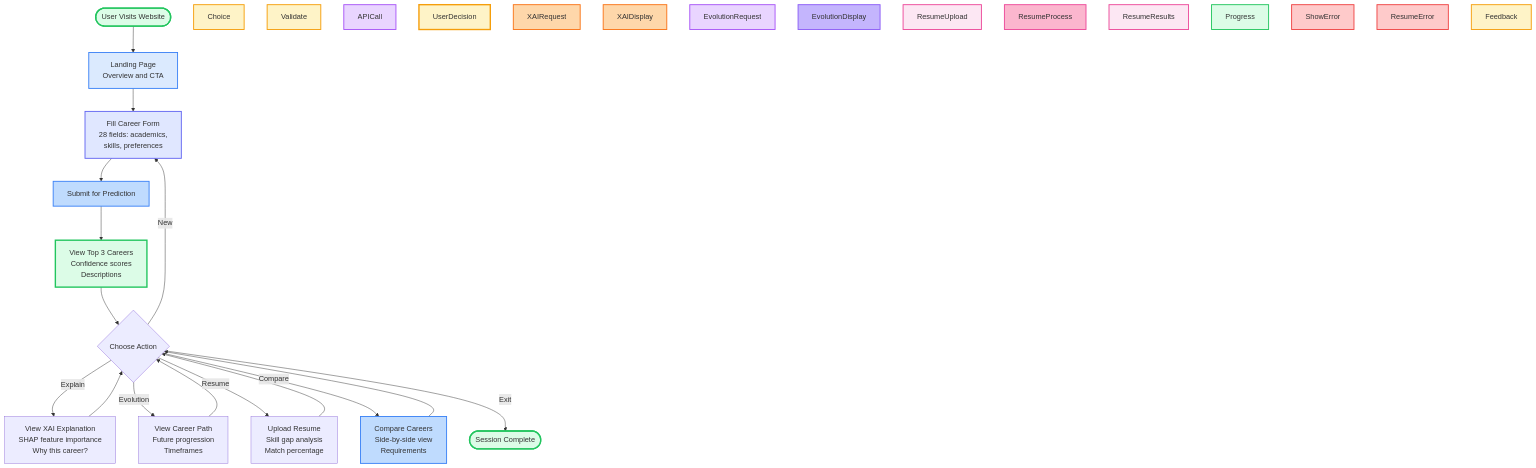
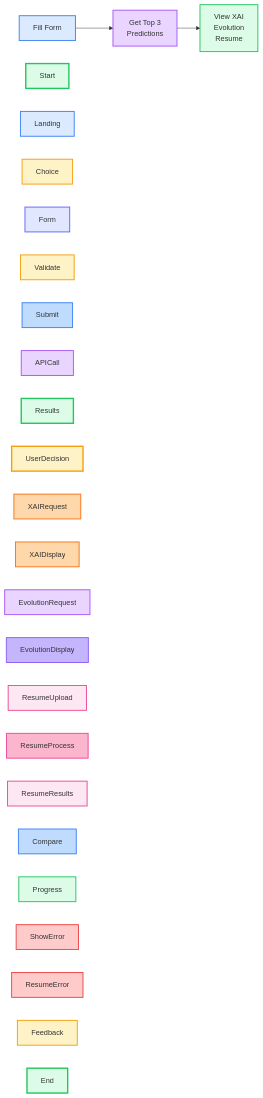
Before and after one commit to rafainamdar04/BrightPathCareerRecommendation: the diagram in docs/figures/10_user_interaction_flow.mmd, drawn with Mermaid. The commit also changed 5 other files, not shown here.

First line of the commit message:
Simplify algorithm diagrams to minimal essential flow

```diff
--- a/docs/figures/10_user_interaction_flow.mmd
+++ b/docs/figures/10_user_interaction_flow.mmd
@@ -1,52 +1,32 @@
-flowchart TD
-    %% User Interaction Flow - Simplified
+flowchart LR
+    %% User Interaction - Simple
     
-    Start([User Visits Website]) --> Landing["Landing Page<br/>Overview and CTA"]
+    A["Fill Form"] --> B["Get Top 3<br/>Predictions"]
+    B --> C["View XAI<br/>Evolution<br/>Resume"]
     
-    Landing --> Form["Fill Career Form<br/>28 fields: academics,<br/>skills, preferences"]
-    
-    Form --> Submit["Submit for Prediction"]
-    
-    Submit --> Results["View Top 3 Careers<br/>Confidence scores<br/>Descriptions"]
-    
-    Results --> Options{Choose Action}
-    
-    Options -->|Explain| XAI["View XAI Explanation<br/>SHAP feature importance<br/>Why this career?"]
-    
-    Options -->|Evolution| Evolution["View Career Path<br/>Future progression<br/>Timeframes"]
-    
-    Options -->|Resume| Resume["Upload Resume<br/>Skill gap analysis<br/>Match percentage"]
-    
-    Options -->|Compare| Compare["Compare Careers<br/>Side-by-side view<br/>Requirements"]
-    
-    Options -->|New| Form
-    
-    XAI --> Options
-    Evolution --> Options
-    Resume --> Options
-    Compare --> Options
-    
-    Options -->|Exit| End([Session Complete])
+    style A fill:#dbeafe,stroke:#3b82f6,stroke-width:2px
+    style B fill:#e9d5ff,stroke:#a855f7,stroke-width:2px
+    style C fill:#dcfce7,stroke:#22c55e,stroke-width:2px
     
     style Start fill:#dcfce7,stroke:#22c55e,stroke-width:3px
     style Landing fill:#dbeafe,stroke:#3b82f6,stroke-width:2px
     style Choice fill:#fef3c7,stroke:#f59e0b,stroke-width:2px
     style Form fill:#e0e7ff,stroke:#6366f1,stroke-width:2px
     style Validate fill:#fef3c7,stroke:#f59e0b,stroke-width:2px
     style Submit fill:#bfdbfe,stroke:#3b82f6,stroke-width:2px
     style APICall fill:#e9d5ff,stroke:#a855f7,stroke-width:2px
     style Results fill:#dcfce7,stroke:#22c55e,stroke-width:3px
     style UserDecision fill:#fef3c7,stroke:#f59e0b,stroke-width:3px
     style XAIRequest fill:#fed7aa,stroke:#f97316,stroke-width:2px
     style XAIDisplay fill:#fed7aa,stroke:#f97316,stroke-width:2px
     style EvolutionRequest fill:#e9d5ff,stroke:#a855f7,stroke-width:2px
     style EvolutionDisplay fill:#c4b5fd,stroke:#8b5cf6,stroke-width:2px
     style ResumeUpload fill:#fce7f3,stroke:#ec4899,stroke-width:2px
     style ResumeProcess fill:#fbb6ce,stroke:#ec4899,stroke-width:2px
     style ResumeResults fill:#fce7f3,stroke:#ec4899,stroke-width:2px
     style Compare fill:#bfdbfe,stroke:#3b82f6,stroke-width:2px
     style Progress fill:#dcfce7,stroke:#22c55e,stroke-width:2px
     style ShowError fill:#fecaca,stroke:#ef4444,stroke-width:2px
     style ResumeError fill:#fecaca,stroke:#ef4444,stroke-width:2px
     style Feedback fill:#fef3c7,stroke:#f59e0b,stroke-width:2px
     style End fill:#dcfce7,stroke:#22c55e,stroke-width:3px
```
